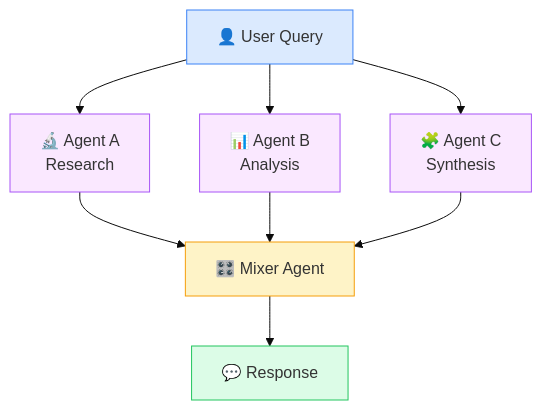
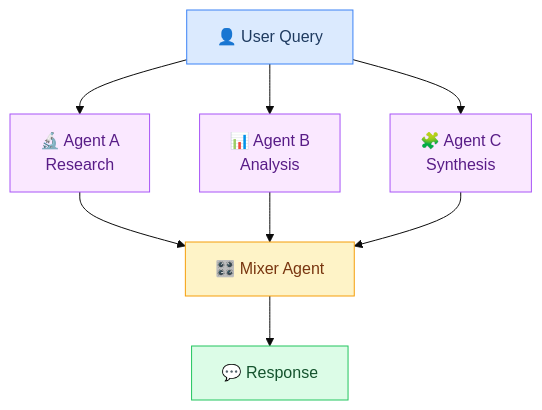
Before and after one commit to asq-sheriff/AI-Production-Checklist: diagram 15 of 18 in docs/TECHNOLOGY-SELECTION-GUIDE.md, drawn with Mermaid (base theme). The commit also changed other lines of this file and 8 other files, not shown here.

First line of the commit message:
Fix text contrast in all Mermaid diagrams

````diff
--- a/docs/TECHNOLOGY-SELECTION-GUIDE.md
+++ b/docs/TECHNOLOGY-SELECTION-GUIDE.md
@@ -601,21 +601,21 @@
 ```mermaid
 flowchart TB
     UserQuery[👤 User Query]
 
     UserQuery --> AgentA[🔬 Agent A<br/>Research]
     UserQuery --> AgentB[📊 Agent B<br/>Analysis]
     UserQuery --> AgentC[🧩 Agent C<br/>Synthesis]
 
     AgentA --> Mixer[🎛️ Mixer Agent]
     AgentB --> Mixer
     AgentC --> Mixer
 
     Mixer --> Response[💬 Response]
 
-    style UserQuery fill:#dbeafe,stroke:#3b82f6
-    style AgentA fill:#fae8ff,stroke:#a855f7
-    style AgentB fill:#fae8ff,stroke:#a855f7
-    style AgentC fill:#fae8ff,stroke:#a855f7
-    style Mixer fill:#fef3c7,stroke:#f59e0b
-    style Response fill:#dcfce7,stroke:#22c55e
+    style UserQuery fill:#dbeafe,stroke:#3b82f6,color:#1e3a5f
+    style AgentA fill:#fae8ff,stroke:#a855f7,color:#581c87
+    style AgentB fill:#fae8ff,stroke:#a855f7,color:#581c87
+    style AgentC fill:#fae8ff,stroke:#a855f7,color:#581c87
+    style Mixer fill:#fef3c7,stroke:#f59e0b,color:#78350f
+    style Response fill:#dcfce7,stroke:#22c55e,color:#14532d
 ```
````
